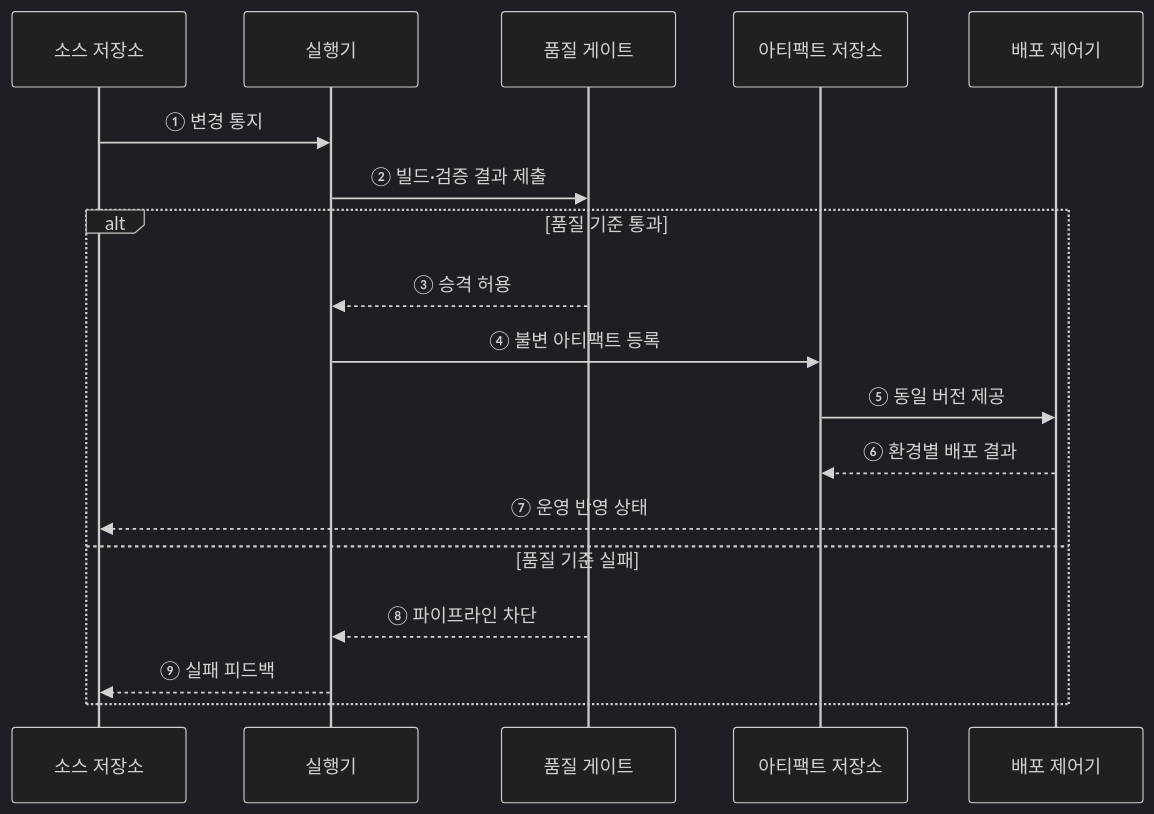
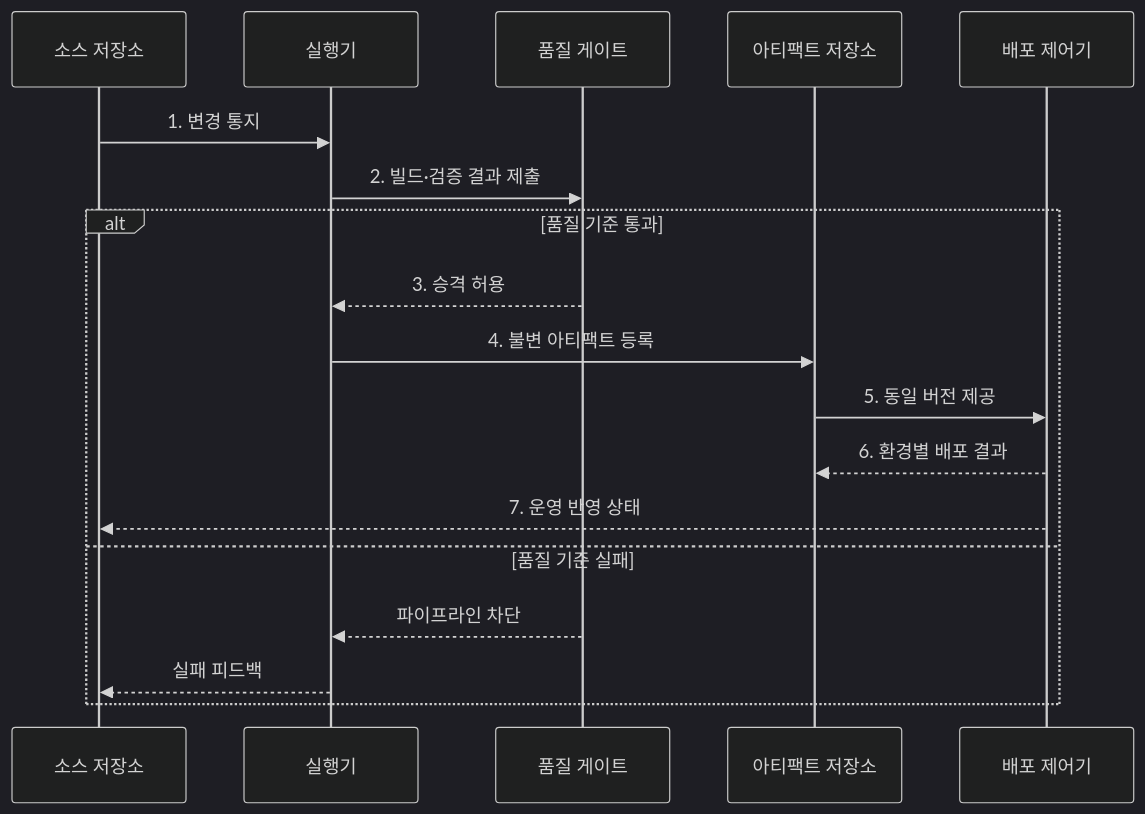
One commit to agnusdei1207/knowledge-base changed the second of 2 diagrams in src/content/docs/notes/03-software/053_ci_cd_pipeline.md. Above: the diagram before and after it, drawn with Mermaid (dark theme). The commit also changed other lines of this file and 20 other files, not shown here.

````diff
--- a/src/content/docs/notes/03-software/053_ci_cd_pipeline.md
+++ b/src/content/docs/notes/03-software/053_ci_cd_pipeline.md
@@ -71,20 +81,20 @@
 ```mermaid
 sequenceDiagram
     participant S as 소스 저장소
     participant R as 실행기
     participant Q as 품질 게이트
     participant A as 아티팩트 저장소
     participant D as 배포 제어기
-    S->>R: ① 변경 통지
-    R->>Q: ② 빌드·검증 결과 제출
+    S->>R: 1. 변경 통지
+    R->>Q: 2. 빌드·검증 결과 제출
     alt 품질 기준 통과
-        Q-->>R: ③ 승격 허용
-        R->>A: ④ 불변 아티팩트 등록
-        A->>D: ⑤ 동일 버전 제공
-        D-->>A: ⑥ 환경별 배포 결과
-        D-->>S: ⑦ 운영 반영 상태
+        Q-->>R: 3. 승격 허용
+        R->>A: 4. 불변 아티팩트 등록
+        A->>D: 5. 동일 버전 제공
+        D-->>A: 6. 환경별 배포 결과
+        D-->>S: 7. 운영 반영 상태
     else 품질 기준 실패
-        Q-->>R: ⑧ 파이프라인 차단
-        R-->>S: ⑨ 실패 피드백
+        Q-->>R: 파이프라인 차단
+        R-->>S: 실패 피드백
     end
 ```
````
